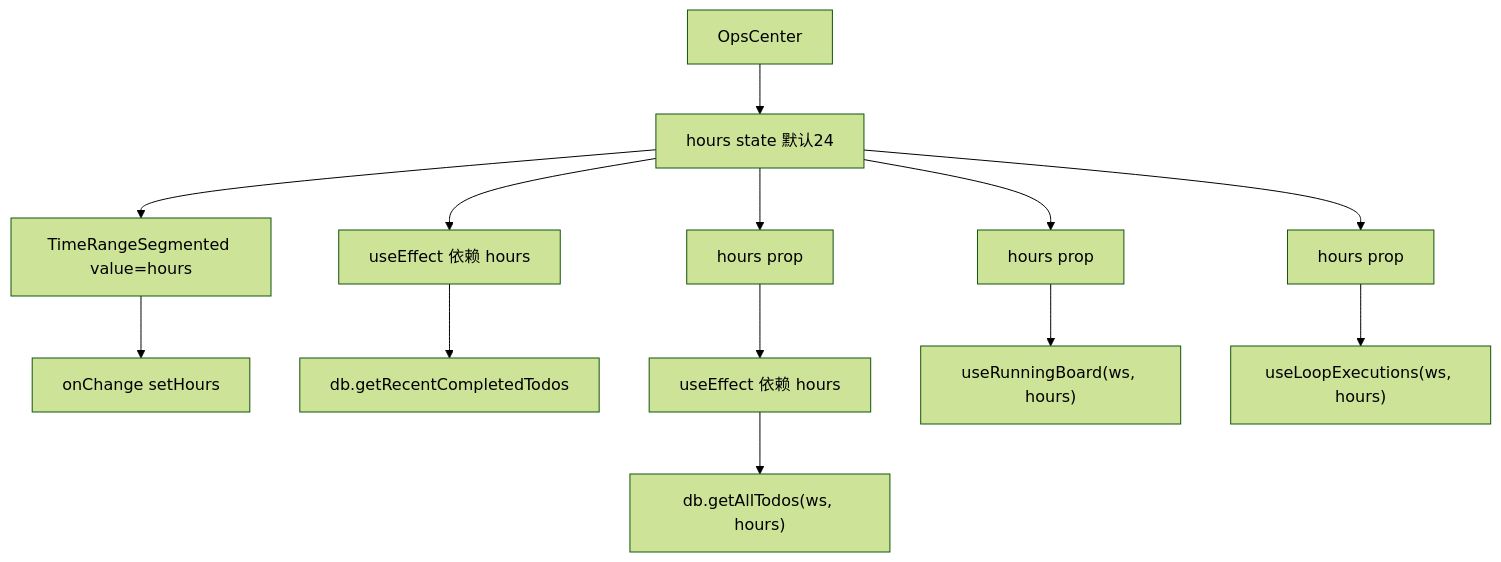
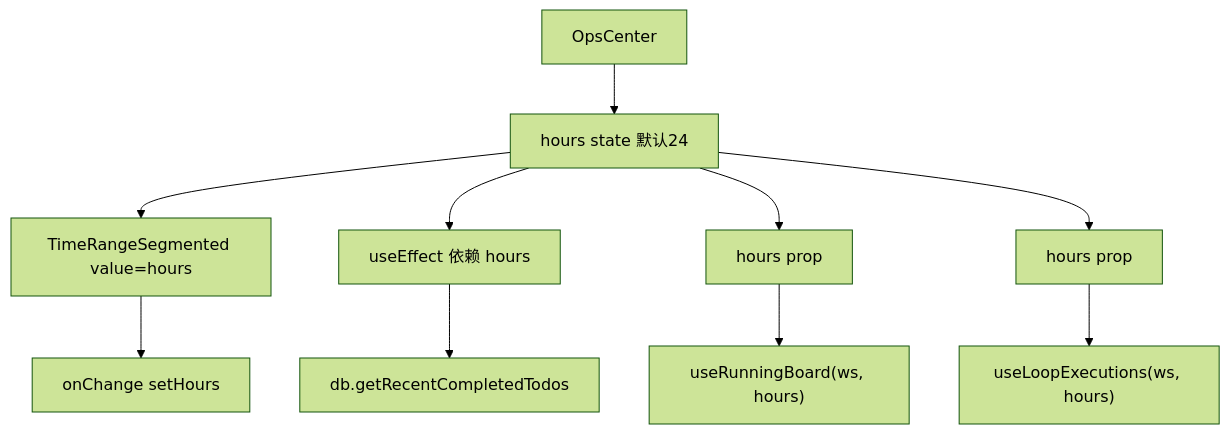
One commit to weibaohui/ntd changed the second of 4 diagrams in frontend/src/help/pages/board-time-filter.md. Above: the diagram before and after it, drawn with Mermaid (forest theme). The commit also changed other lines of this file and 1 other file, not shown here.

First line of the commit message:
fix(097): 修评审——清理 board-search/board-time-filter 过时的看板视图引用

````diff
--- a/frontend/src/help/pages/board-time-filter.md
+++ b/frontend/src/help/pages/board-time-filter.md
@@ -28,15 +26,12 @@
 ```mermaid
 flowchart TD
   OpsCenter --> hours_state["hours state 默认24"]
   hours_state --> TimeRangeSegmented["TimeRangeSegmented value=hours"]
   TimeRangeSegmented --> setHours["onChange setHours"]
   hours_state --> useEffect_conclusion["useEffect 依赖 hours"]
   useEffect_conclusion --> getRecentCompletedTodos["db.getRecentCompletedTodos"]
-  hours_state --> KanbanBoard["hours prop"]
-  KanbanBoard --> useEffect_kanban["useEffect 依赖 hours"]
-  useEffect_kanban --> getAllTodos["db.getAllTodos(ws, hours)"]
   hours_state --> RunningBoard["hours prop"]
   RunningBoard --> useRunningBoard["useRunningBoard(ws, hours)"]
   hours_state --> LoopKanban["hours prop"]
   LoopKanban --> useLoopExecutions["useLoopExecutions(ws, hours)"]
 ```
````
